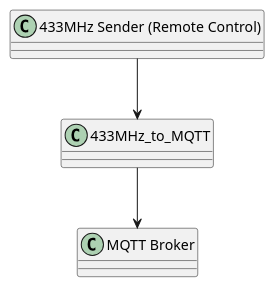
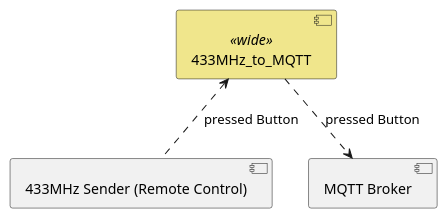
Before and after one commit to erichstuder/433MHz_to_MQTT: the diagram in doc/source/doc.rst, drawn with PlantUML. The commit also changed other lines of this file and 4 other files, not shown here.

Commit message:
setup sphinx autobuild and improve diagram

```diff
--- a/doc/source/doc.rst
+++ b/doc/source/doc.rst
@@ -4,12 +6,14 @@
 .. uml::
 
    @startuml
-   class 433MHz_to_MQTT {
+   skinparam component<<wide>> {
+     BackgroundColor Khaki
    }
-   class "433MHz Sender (Remote Control)" {
-   }
-   class "MQTT Broker" {
-   }
-   "433MHz Sender (Remote Control)" --> 433MHz_to_MQTT
-   433MHz_to_MQTT --> "MQTT Broker"
+
+   component [433MHz_to_MQTT]<<wide>>
+   component [433MHz Sender (Remote Control)]
+   component [MQTT Broker]
+
+   [433MHz_to_MQTT] <.. [433MHz Sender (Remote Control)] : pressed Button
+   [433MHz_to_MQTT] ..> [MQTT Broker] : pressed Button
    @enduml
```
